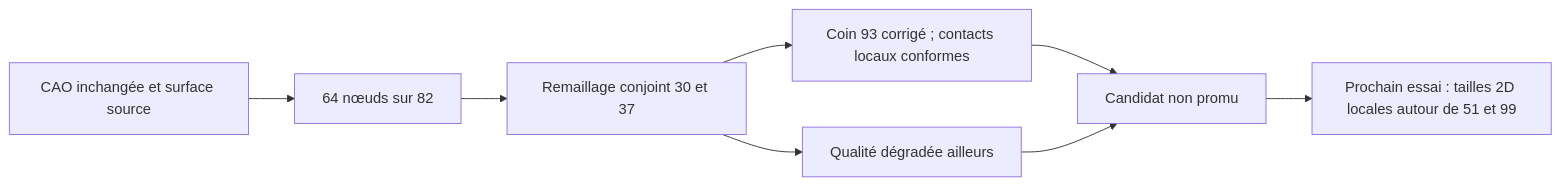
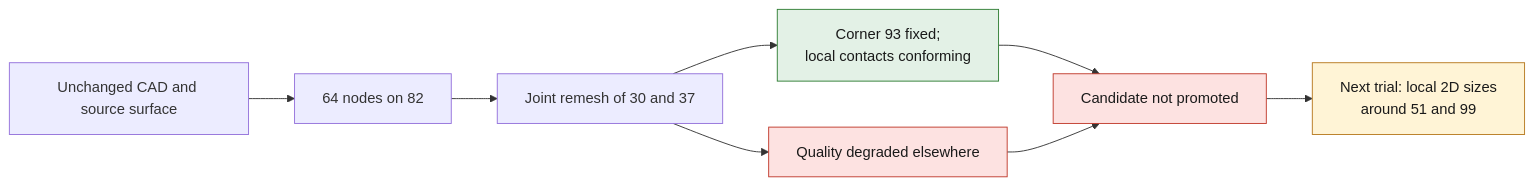
Before and after one commit to cluster2600/porscheparts: the diagram in docs/reports/M64_EDGE82_JOINT_REMESH_20260909.md, drawn with Mermaid. The commit also changed other lines of this file and 228 other files, not shown here.

````diff
--- a/docs/reports/M64_EDGE82_JOINT_REMESH_20260909.md
+++ b/docs/reports/M64_EDGE82_JOINT_REMESH_20260909.md
@@ -97,10 +97,16 @@
 ```mermaid
 flowchart LR
-    A["CAO inchangée et surface source"] --> B["64 nœuds sur 82"]
-    B --> C["Remaillage conjoint 30 et 37"]
-    C --> D["Coin 93 corrigé ; contacts locaux conformes"]
-    C --> E["Qualité dégradée ailleurs"]
-    D --> F["Candidat non promu"]
+    A["Unchanged CAD and source surface"] --> B["64 nodes on 82"]
+    B --> C["Joint remesh of 30 and 37"]
+    C --> D["Corner 93 fixed;<br/>local contacts conforming"]
+    C --> E["Quality degraded elsewhere"]
+    D --> F["Candidate not promoted"]
     E --> F
-    F --> G["Prochain essai : tailles 2D locales autour de 51 et 99"]
+    F --> G["Next trial: local 2D sizes<br/>around 51 and 99"]
+    classDef stop fill:#fde2e1,stroke:#c0392b,color:#1a1a1a;
+    classDef ok fill:#e3f1e6,stroke:#2e7d32,color:#1a1a1a;
+    classDef open fill:#fff4d6,stroke:#b7791f,color:#1a1a1a;
+    class D ok;
+    class E,F stop;
+    class G open;
 ```
````
